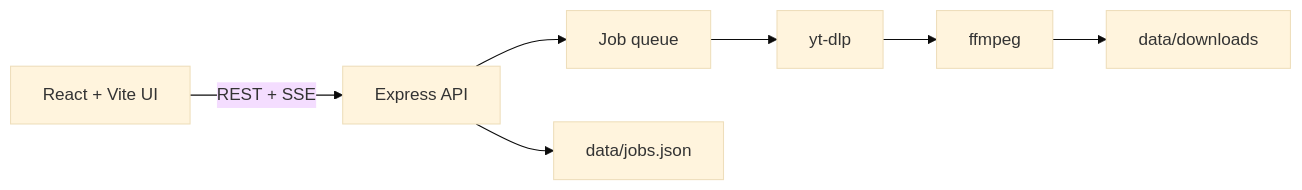
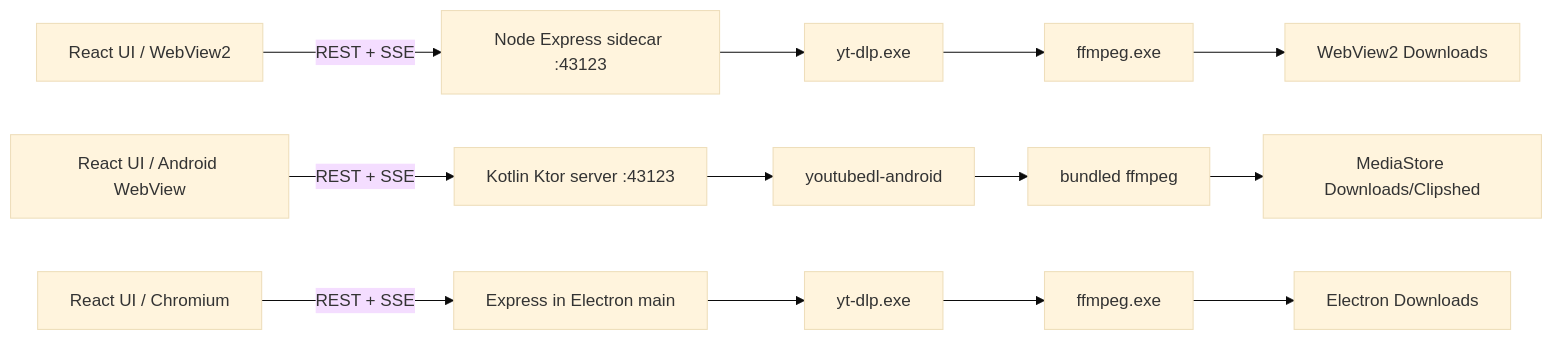
One commit to ivsharma/clipshed changed the diagram in docs/README_TECHNICAL.md. Above: the diagram before and after it, drawn with Mermaid (base theme). The commit also changed other lines of this file, not shown here.

First line of the commit message:
docs: explain the Tauri Windows and Android architecture

````diff
--- a/docs/README_TECHNICAL.md
+++ b/docs/README_TECHNICAL.md
@@ -155,9 +227,11 @@
 ```mermaid
 flowchart LR
-  UI["React + Vite UI"] -->|REST + SSE| API["Express API"]
-  API --> Q["Job queue"]
-  Q --> YT["yt-dlp"]
-  YT --> FF["ffmpeg"]
-  FF --> OUT["data/downloads"]
-  API --> DATA["data/jobs.json"]
+  WUI["React UI / WebView2"] -->|REST + SSE| WAPI["Node Express sidecar :43123"]
+  WAPI --> WYT["yt-dlp.exe"] --> WFF["ffmpeg.exe"] --> WSAVE["WebView2 Downloads"]
+
+  AUI["React UI / Android WebView"] -->|REST + SSE| AAPI["Kotlin Ktor server :43123"]
+  AAPI --> AYT["youtubedl-android"] --> AFF["bundled ffmpeg"] --> AMS["MediaStore Downloads/Clipshed"]
+
+  EUI["React UI / Chromium"] -->|REST + SSE| EAPI["Express in Electron main"]
+  EAPI --> EYT["yt-dlp.exe"] --> EFF["ffmpeg.exe"] --> ESAVE["Electron Downloads"]
 ```
````
